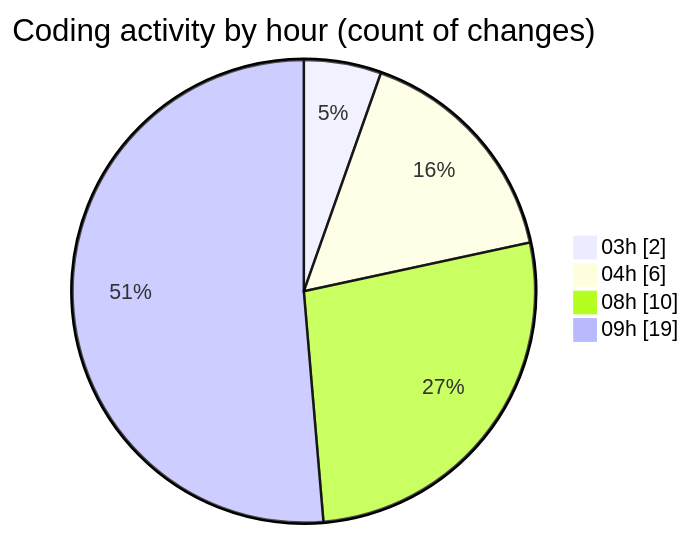
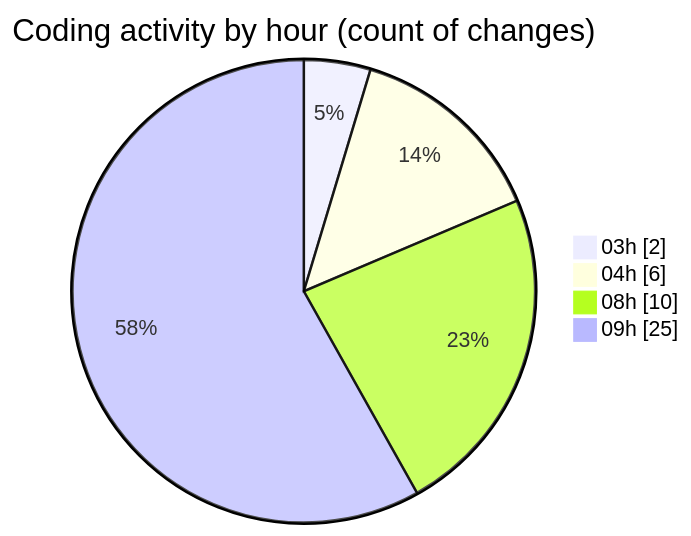
The second of 2 diagrams in 2026-02-07/singularitybrainai/README.md (tmsrecording-cyber/code-tracking), drawn with Mermaid before and after one commit. The commit also changed other lines of this file and 1 other file, not shown here.

````diff
--- a/2026-02-07/singularitybrainai/README.md
+++ b/2026-02-07/singularitybrainai/README.md
@@ -45,8 +47,8 @@
 ```mermaid
 pie showData
 title Coding activity by hour (count of changes)
 "03h" : 2
 "04h" : 6
 "08h" : 10
-"09h" : 19
+"09h" : 25
 ```
````
